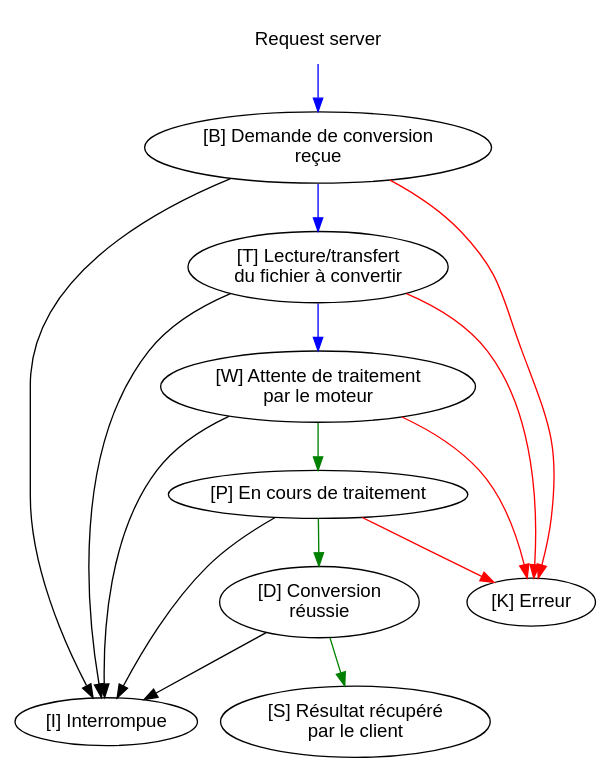
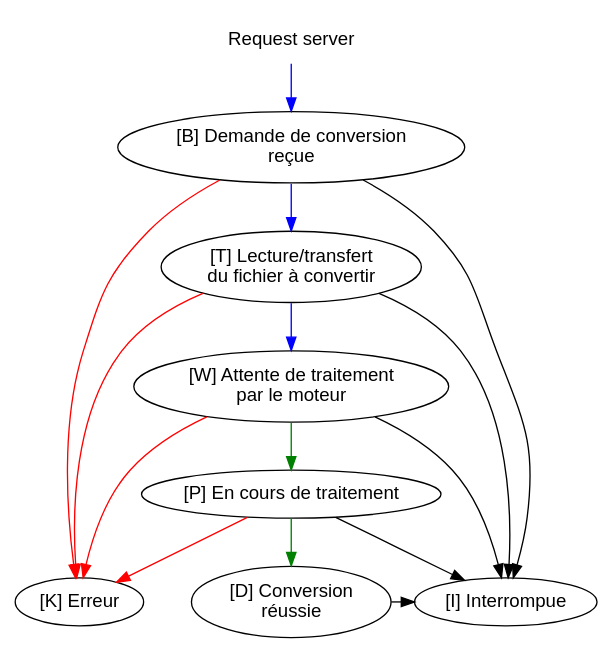
The diagram in Contents/images/te-task-workflow.dot (Eric-Brison/dynacase-doc-tengine-installation-operating), drawn with Graphviz before and after one commit. The commit also changed 7 other files, not shown here.

```diff
--- a/Contents/images/te-task-workflow.dot
+++ b/Contents/images/te-task-workflow.dot
@@ -1,35 +1,36 @@
 digraph D {
 	node [fontname="Liberation Sans"];
 
 	"CONVERT" [label="Request server",style=filled,color=transparent,fillcolor=transparent];
 	"B" [label="[B] Demande de conversion\nreçue"];
 	"T" [label="[T] Lecture/transfert\ndu fichier à convertir"];
 	"W" [label="[W] Attente de traitement\npar le moteur"];
 	"P" [label="[P] En cours de traitement"];
 	"K" [label="[K] Erreur"];
 	"D" [label="[D] Conversion\nréussie"];
-	"S" [label="[S] Résultat récupéré\npar le client"];
 	"I" [label="[I] Interrompue"];
 
 	{
 		edge [color=blue];
 		"CONVERT" -> "B" -> "T" -> "W";
 
 		edge [color=green];
-		"W" -> "P" -> "D" -> "S";
+		"W" -> "P" -> "D";
 
 		edge [color=red];
 		"B" -> "K";
 		"T" -> "K";
 		"W" -> "K";
 		"P" -> "K";
 
 		edge [color=black];
 		"B" -> "I";
 		"T" -> "I";
 		"W" -> "I";
 		"P" -> "I";
 		"D" -> "I";
+	
 	}
 
+	{ rank=same; "K" "D" "I" }
 }
```
